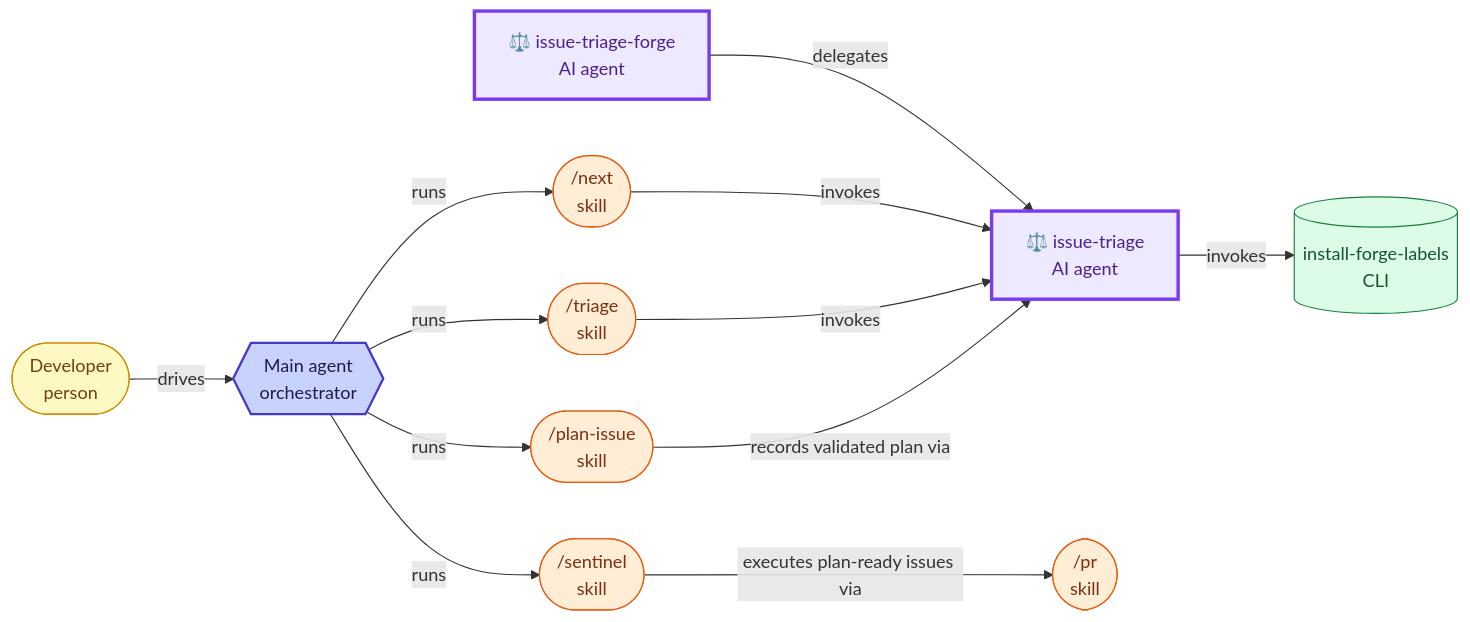
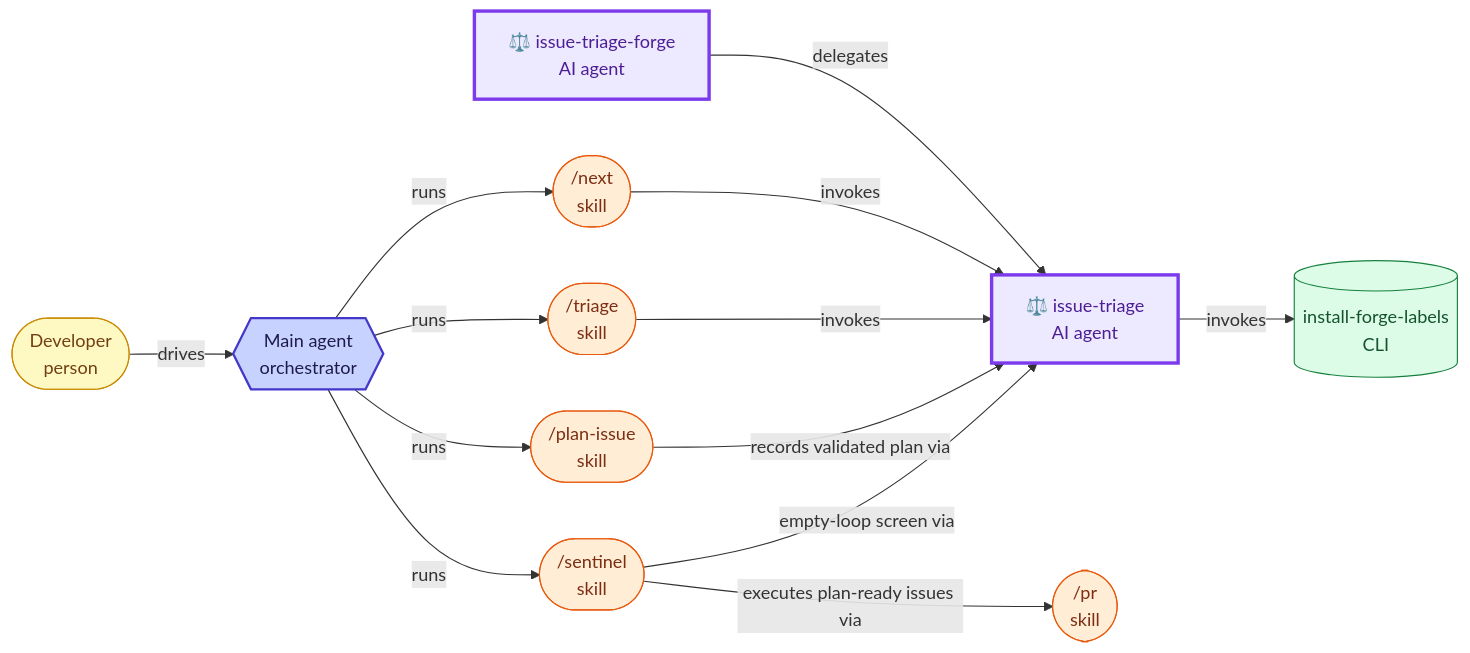
The fifth of 7 diagrams in docs/agent-architecture.md (misnaej/forge), drawn with Mermaid before and after one commit. The commit also changed 3 other files, not shown here.

````diff
--- a/docs/agent-architecture.md
+++ b/docs/agent-architecture.md
@@ -297,45 +297,46 @@
 ```mermaid
 graph LR
   classDef person fill:#fef9c3,stroke:#ca8a04,color:#713f12
   classDef agent fill:#ede9fe,stroke:#7c3aed,color:#4c1d95
   classDef skill fill:#ffedd5,stroke:#ea580c,color:#7c2d12
   classDef hook fill:#fee2e2,stroke:#dc2626,color:#7f1d1d
   classDef cli fill:#dcfce7,stroke:#15803d,color:#14532d
   classDef policy fill:#f1f5f9,stroke:#64748b,color:#334155
   classDef orchestrator fill:#c7d2fe,stroke:#4338ca,color:#1e1b4b,stroke-width:2px
   classDef reporter stroke-dasharray:5 3
   classDef mutator stroke-width:3px
   human(["Developer<br/>person"])
   main_agent{{"Main agent<br/>orchestrator"}}
   human -->|drives| main_agent
   cli_install_forge_labels[("install-forge-labels<br/>CLI")]
   issue_triage["⚖️ issue-triage<br/>AI agent"]
   issue_triage_forge["⚖️ issue-triage-forge<br/>AI agent"]
   sk_next(["/next<br/>skill"])
   sk_triage(["/triage<br/>skill"])
   sk_plan_issue(["/plan-issue<br/>skill"])
   sk_sentinel(["/sentinel<br/>skill"])
   sk_pr(["/pr<br/>skill"])
   main_agent -->|runs| sk_next
   main_agent -->|runs| sk_triage
   main_agent -->|runs| sk_plan_issue
   main_agent -->|runs| sk_sentinel
   issue_triage_forge -->|delegates| issue_triage
   sk_next -->|invokes| issue_triage
   sk_triage -->|invokes| issue_triage
   sk_plan_issue -->|records validated plan via| issue_triage
   sk_sentinel -->|executes plan-ready issues via| sk_pr
+  sk_sentinel -->|empty-loop screen via| issue_triage
   issue_triage -->|invokes| cli_install_forge_labels
   class human person
   class main_agent orchestrator
   class cli_install_forge_labels cli
   class issue_triage agent
   class issue_triage mutator
   class issue_triage_forge agent
   class issue_triage_forge mutator
   class sk_next skill
   class sk_triage skill
   class sk_plan_issue skill
   class sk_sentinel skill
   class sk_pr skill
 ```
````
